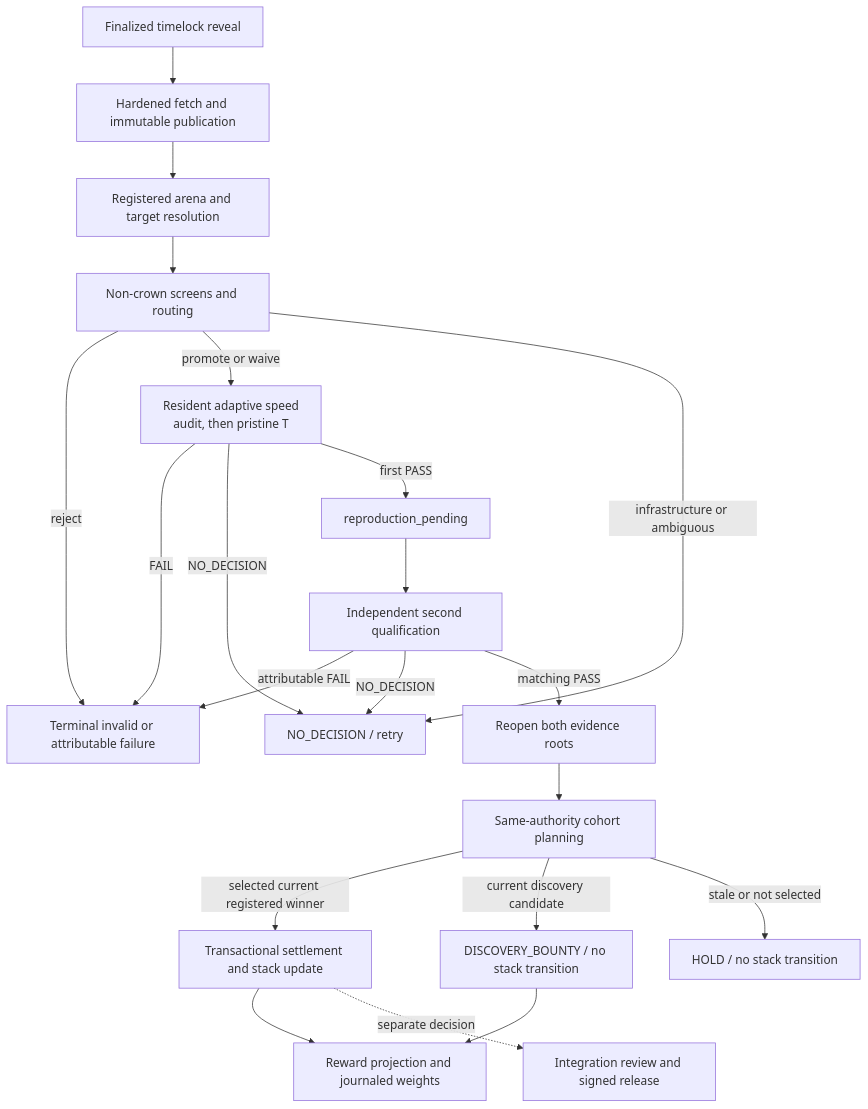
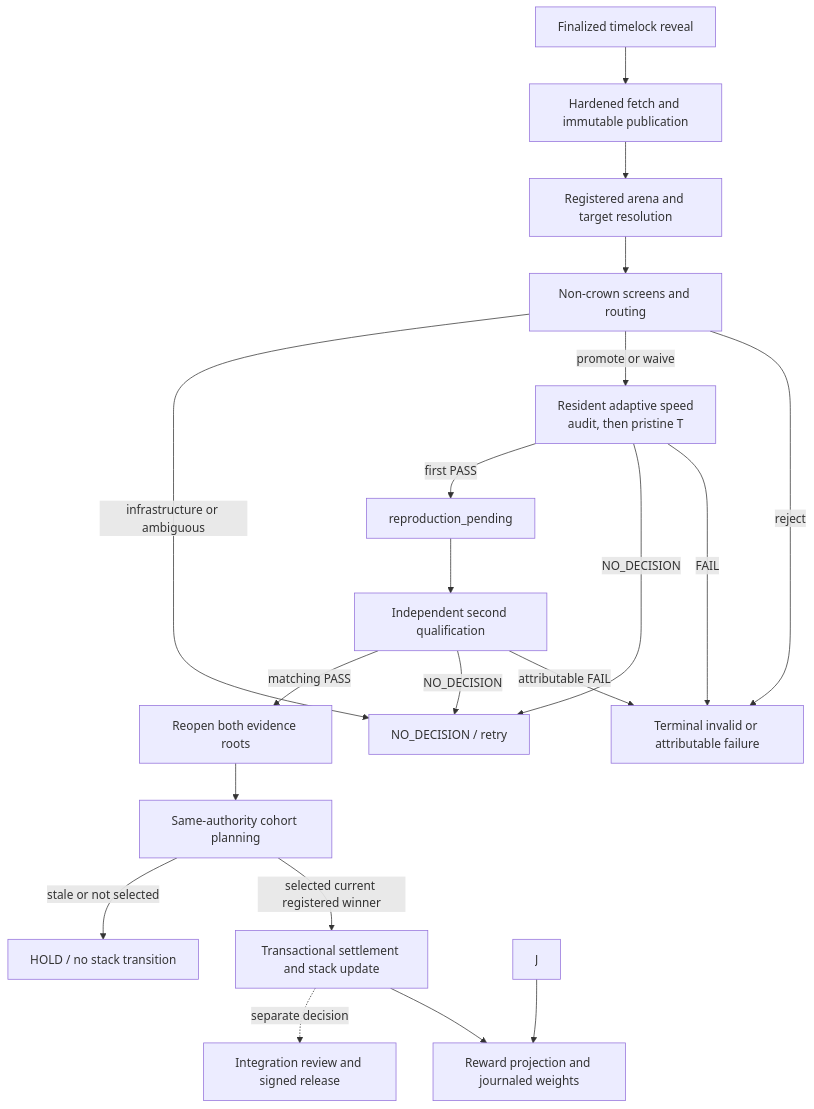
One commit to latent-to/cacheon changed the diagram in docs/architecture/pipeline.md. Above: the diagram before and after it, drawn with Mermaid. The commit also changed other lines of this file and 52 other files, not shown here.

````diff
--- a/docs/architecture/pipeline.md
+++ b/docs/architecture/pipeline.md
@@ -33,23 +33,22 @@
 ```mermaid
 flowchart TD
     A["Finalized timelock reveal"] --> B["Hardened fetch and immutable publication"]
     B --> C["Registered arena and target resolution"]
     C --> D["Non-crown screens and routing"]
     D -->|"reject"| F["Terminal invalid or attributable failure"]
     D -->|"promote or waive"| Q["Resident adaptive speed<br/>audit, then pristine T"]
     D -->|"infrastructure or ambiguous"| N["NO_DECISION / retry"]
     Q -->|"FAIL"| F
     Q -->|"NO_DECISION"| N
     Q -->|"first PASS"| P["reproduction_pending"]
     P --> R["Independent second qualification"]
     R -->|"attributable FAIL"| F
     R -->|"NO_DECISION"| N
     R -->|"matching PASS"| S["Reopen both evidence roots"]
     S --> G["Same-authority cohort planning"]
     G -->|"selected current registered winner"| T["Transactional settlement and stack update"]
-    G -->|"current discovery candidate"| J["DISCOVERY_BOUNTY / no stack transition"]
     G -->|"stale or not selected"| H["HOLD / no stack transition"]
     T --> W["Reward projection and journaled weights"]
     J --> W
     T -. "separate decision" .-> I["Integration review and signed release"]
 ```
````
